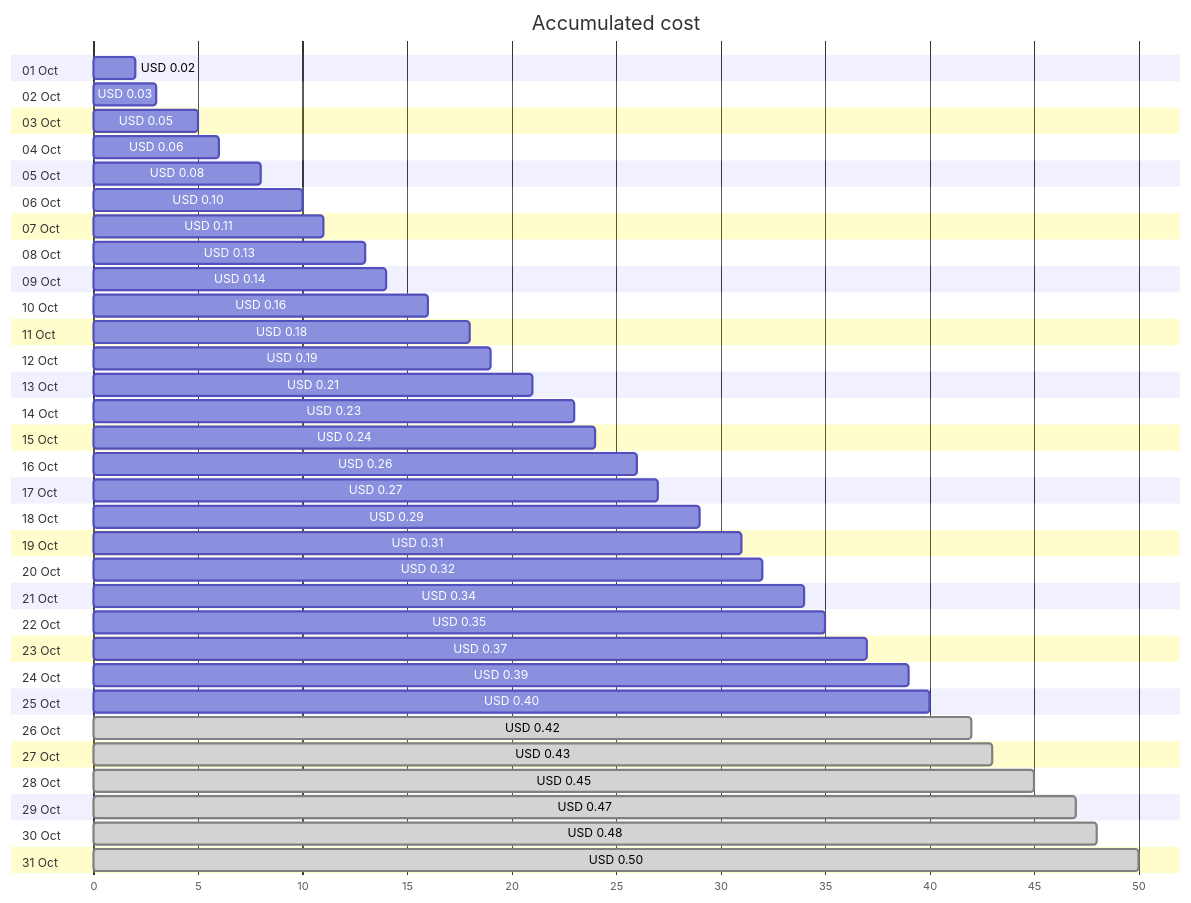
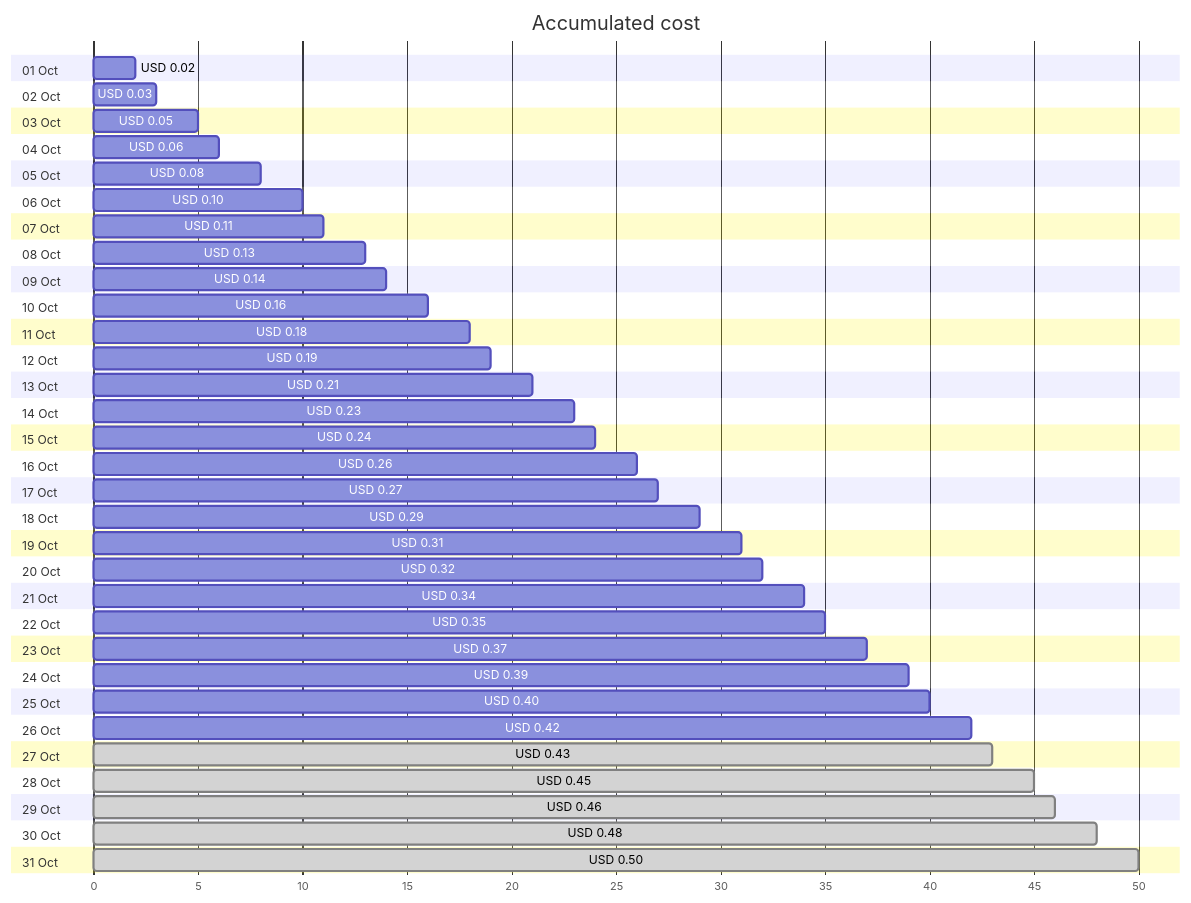
Before and after one commit to jpfulton/azure-personal-reports: the first of 4 diagrams in cost-reports/personal-network/private.jpatrickfulton.com.md, drawn with Mermaid. The commit also changed other lines of this file and 7 other files, not shown here.

````diff
--- a/cost-reports/personal-network/private.jpatrickfulton.com.md
+++ b/cost-reports/personal-network/private.jpatrickfulton.com.md
@@ -20,68 +20,68 @@
 ```mermaid
 gantt
    title Accumulated cost
    dateFormat  X
    axisFormat %s
    section 01 Oct
    USD 0.02 :0, 2
    section 02 Oct
    USD 0.03 :0, 3
    section 03 Oct
    USD 0.05 :0, 5
    section 04 Oct
    USD 0.06 :0, 6
    section 05 Oct
    USD 0.08 :0, 8
    section 06 Oct
    USD 0.10 :0, 10
    section 07 Oct
    USD 0.11 :0, 11
    section 08 Oct
    USD 0.13 :0, 13
    section 09 Oct
    USD 0.14 :0, 14
    section 10 Oct
    USD 0.16 :0, 16
    section 11 Oct
    USD 0.18 :0, 18
    section 12 Oct
    USD 0.19 :0, 19
    section 13 Oct
    USD 0.21 :0, 21
    section 14 Oct
    USD 0.23 :0, 23
    section 15 Oct
    USD 0.24 :0, 24
    section 16 Oct
    USD 0.26 :0, 26
    section 17 Oct
    USD 0.27 :0, 27
    section 18 Oct
    USD 0.29 :0, 29
    section 19 Oct
    USD 0.31 :0, 31
    section 20 Oct
    USD 0.32 :0, 32
    section 21 Oct
    USD 0.34 :0, 34
    section 22 Oct
    USD 0.35 :0, 35
    section 23 Oct
    USD 0.37 :0, 37
    section 24 Oct
    USD 0.39 :0, 39
    section 25 Oct
    USD 0.40 :0, 40
    section 26 Oct
-   USD 0.42 : done, 0, 42
+   USD 0.42 :0, 42
    section 27 Oct
    USD 0.43 : done, 0, 43
    section 28 Oct
    USD 0.45 : done, 0, 45
    section 29 Oct
-   USD 0.47 : done, 0, 47
+   USD 0.46 : done, 0, 46
    section 30 Oct
    USD 0.48 : done, 0, 48
    section 31 Oct
    USD 0.50 : done, 0, 50
 ```
````
